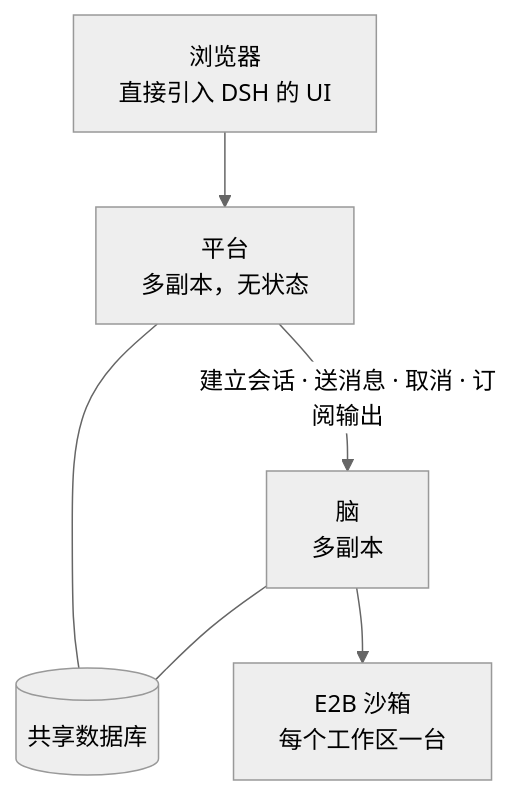
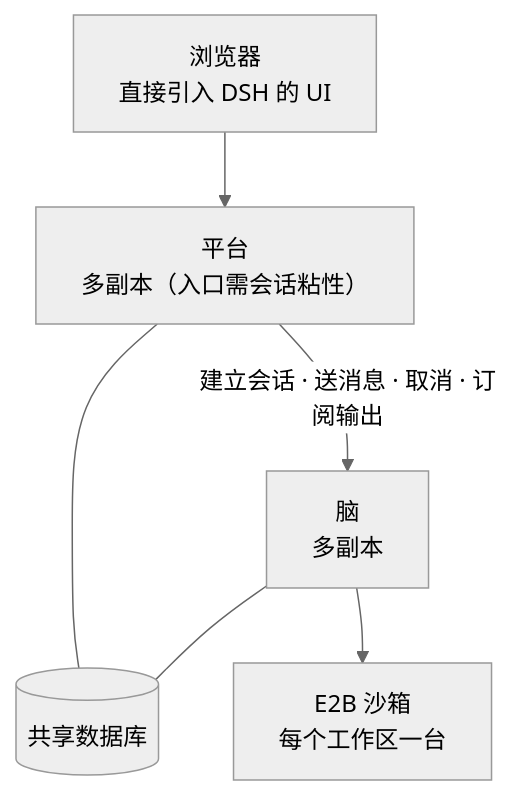
Before and after one commit to lishuo0/dsh-sandbox-platform: the second of 6 diagrams in docs/平台架构.md, drawn with Mermaid (neutral theme). The commit also changed other lines of this file and 182 other files, not shown here.

````diff
--- a/docs/平台架构.md
+++ b/docs/平台架构.md
@@ -45,14 +45,14 @@
 ```mermaid
 flowchart TB
   Browser["浏览器<br/>直接引入 DSH 的 UI"]
-  Platform["平台<br/>多副本，无状态"]
+  Platform["平台<br/>多副本（入口需会话粘性）"]
   DB[("共享数据库")]
   Brain["脑<br/>多副本"]
   E2B["E2B 沙箱<br/>每个工作区一台"]
 
   Browser --> Platform
   Platform --- DB
   Brain --- DB
   Platform -->|"建立会话 · 送消息 · 取消 · 订阅输出"| Brain
   Brain --> E2B
 ```
````
